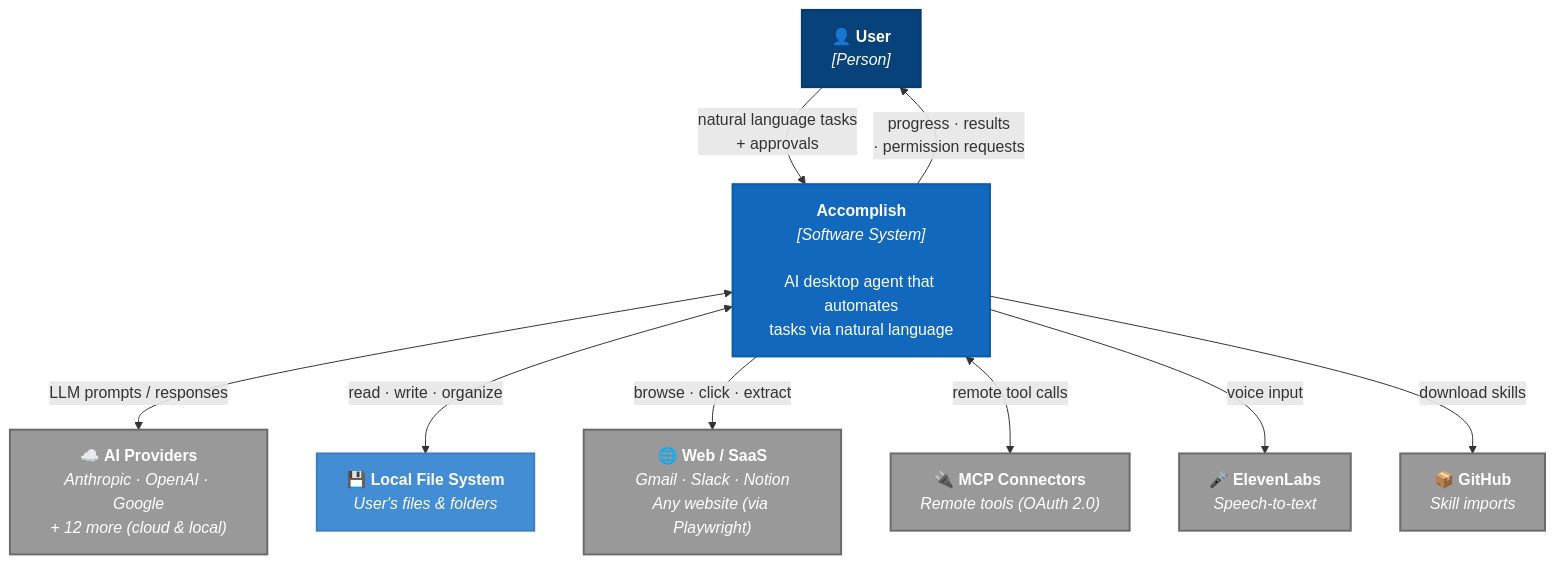
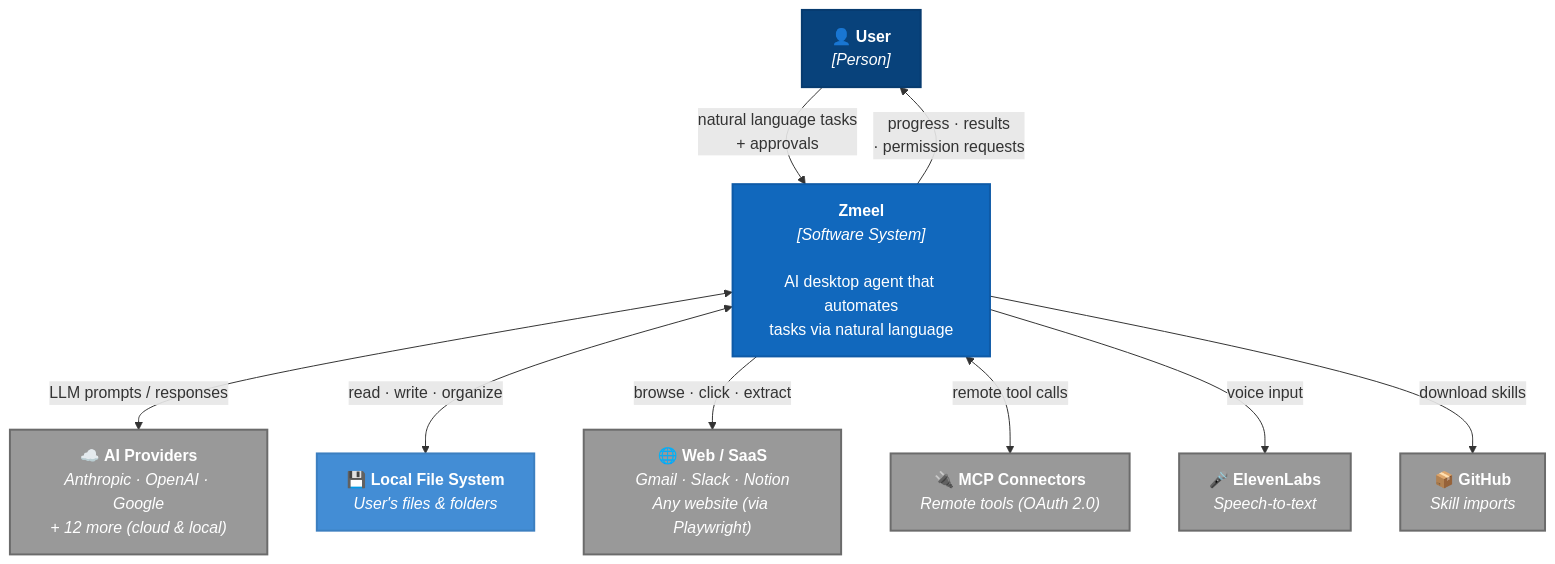
The first of 2 diagrams in docs/context-diagram.md (samskipsai/zmeelv60), drawn with Mermaid before and after one commit. The commit also changed other lines of this file and 520 other files, not shown here.

First line of the commit message:
rebrand: Accomplish -> Zmeel Desktop

````diff
--- a/docs/context-diagram.md
+++ b/docs/context-diagram.md
@@ -12,27 +12,27 @@
 ```mermaid
 graph TB
     classDef person fill:#08427B,color:#fff,stroke:#073B6F,stroke-width:2px
     classDef system fill:#1168BD,color:#fff,stroke:#0E5AA7,stroke-width:2px
     classDef external fill:#999,color:#fff,stroke:#6B6B6B,stroke-width:2px
     classDef local fill:#438DD5,color:#fff,stroke:#3C7FC0,stroke-width:2px
 
     User["👤 <b>User</b><br/><i>[Person]</i>"]:::person
 
-    Accomplish["<b>Accomplish</b><br/><i>[Software System]</i><br/><br/>AI desktop agent that automates<br/>tasks via natural language"]:::system
+    Zmeel["<b>Zmeel</b><br/><i>[Software System]</i><br/><br/>AI desktop agent that automates<br/>tasks via natural language"]:::system
 
     AI["☁️ <b>AI Providers</b><br/><i>Anthropic · OpenAI · Google<br/>+ 12 more (cloud & local)</i>"]:::external
     FS["💾 <b>Local File System</b><br/><i>User's files & folders</i>"]:::local
     BROWSER["🌐 <b>Web / SaaS</b><br/><i>Gmail · Slack · Notion<br/>Any website (via Playwright)</i>"]:::external
     MCP["🔌 <b>MCP Connectors</b><br/><i>Remote tools (OAuth 2.0)</i>"]:::external
     VOICE["🎤 <b>ElevenLabs</b><br/><i>Speech-to-text</i>"]:::external
     SKILLS["📦 <b>GitHub</b><br/><i>Skill imports</i>"]:::external
 
-    User -->|"natural language tasks<br/>+ approvals"| Accomplish
-    Accomplish -->|"progress · results<br/>· permission requests"| User
-    Accomplish <-->|"LLM prompts / responses"| AI
-    Accomplish <-->|"read · write · organize"| FS
-    Accomplish -->|"browse · click · extract"| BROWSER
-    Accomplish <-->|"remote tool calls"| MCP
-    Accomplish -->|"voice input"| VOICE
-    Accomplish -->|"download skills"| SKILLS
+    User -->|"natural language tasks<br/>+ approvals"| Zmeel
+    Zmeel -->|"progress · results<br/>· permission requests"| User
+    Zmeel <-->|"LLM prompts / responses"| AI
+    Zmeel <-->|"read · write · organize"| FS
+    Zmeel -->|"browse · click · extract"| BROWSER
+    Zmeel <-->|"remote tool calls"| MCP
+    Zmeel -->|"voice input"| VOICE
+    Zmeel -->|"download skills"| SKILLS
 ```
````
